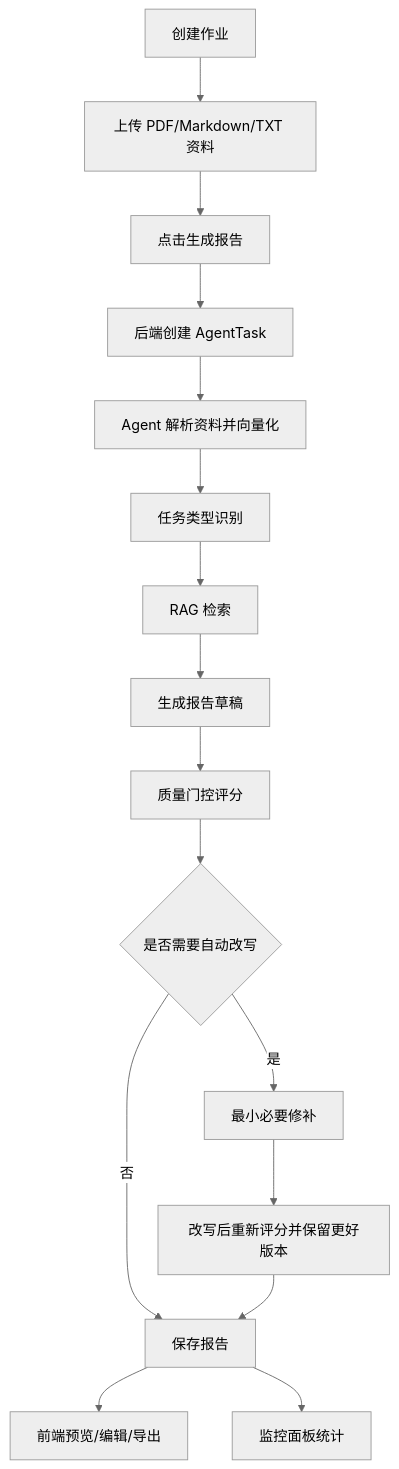
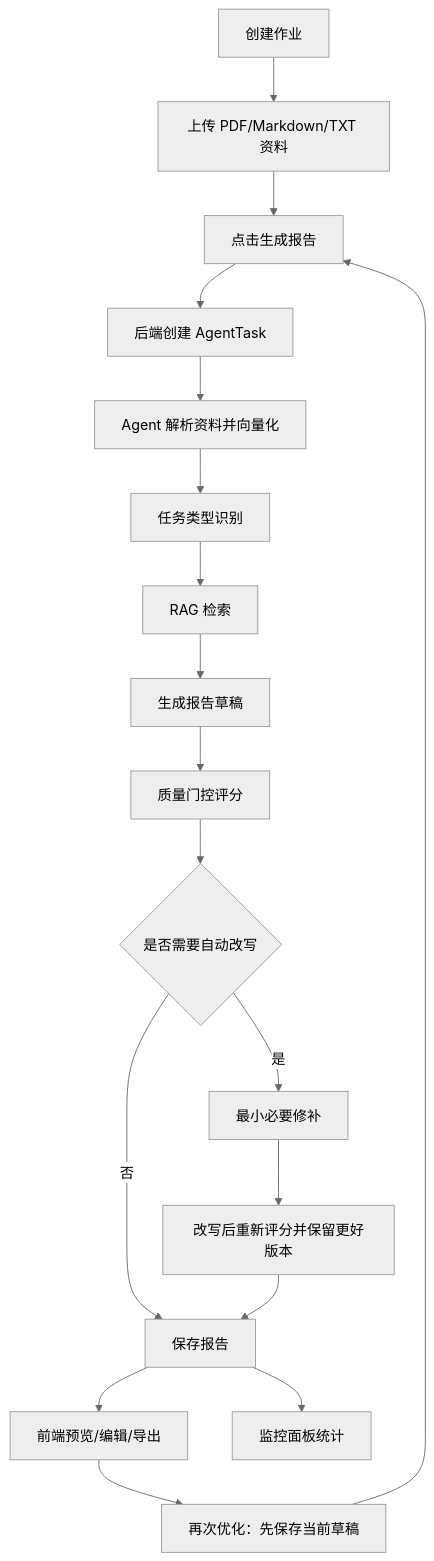
Before and after one commit to panding999/HW-assistant: the second of 2 diagrams in docs/PROJECT_FLOWS.md, drawn with Mermaid (neutral theme). The commit also changed other lines of this file and 15 other files, not shown here.

````diff
--- a/docs/PROJECT_FLOWS.md
+++ b/docs/PROJECT_FLOWS.md
@@ -51,18 +51,20 @@
 ```mermaid
 flowchart TD
   A["创建作业"] --> B["上传 PDF/Markdown/TXT 资料"]
   B --> C["点击生成报告"]
   C --> D["后端创建 AgentTask"]
   D --> E["Agent 解析资料并向量化"]
   E --> F["任务类型识别"]
   F --> G["RAG 检索"]
   G --> H["生成报告草稿"]
   H --> I["质量门控评分"]
   I --> J{"是否需要自动改写"}
   J -- "是" --> K["最小必要修补"]
   J -- "否" --> L["保存报告"]
   K --> M["改写后重新评分并保留更好版本"]
   M --> L
   L --> N["前端预览/编辑/导出"]
   L --> O["监控面板统计"]
+  N --> P["再次优化：先保存当前草稿"]
+  P --> C
 ```
````
